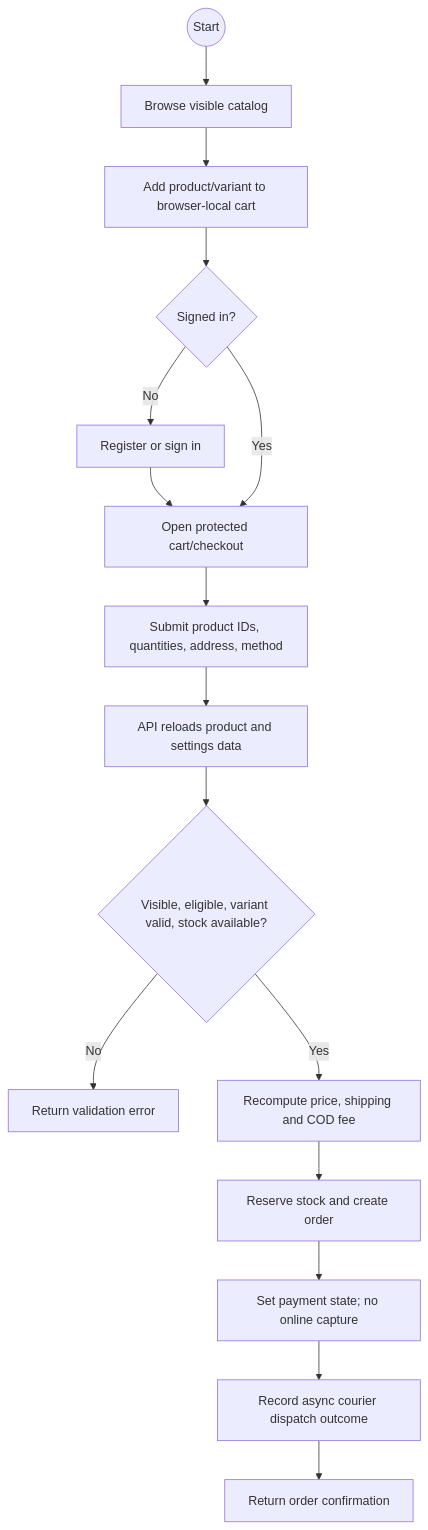
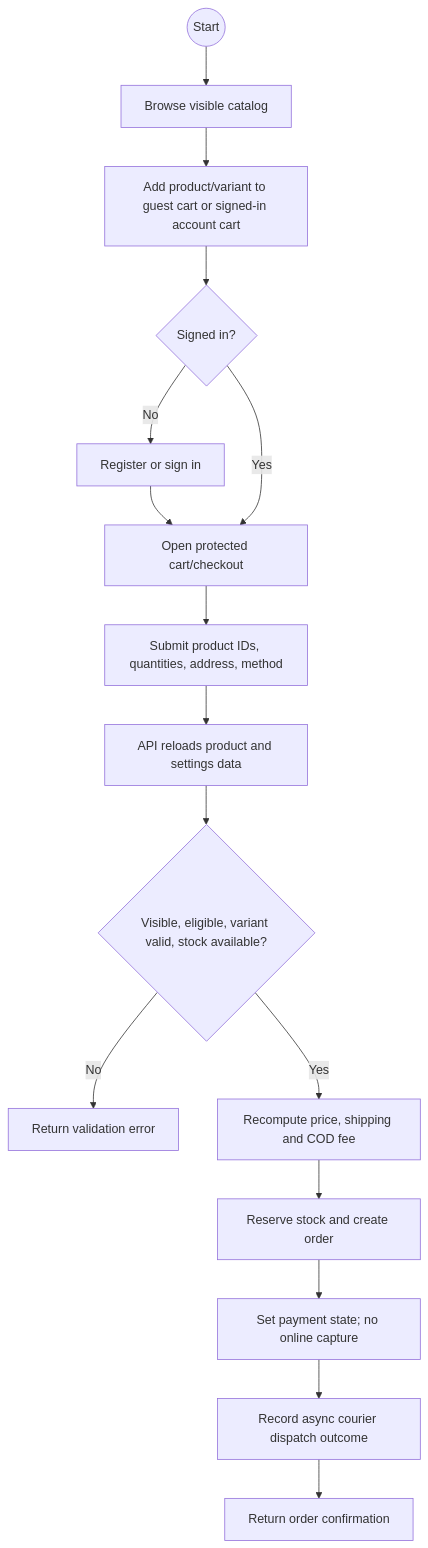
Before and after one commit to arbazfareed/e-commerce: the ninth of 22 diagrams in docs/UML_DIAGRAMS.md, drawn with Mermaid. The commit also changed other lines of this file and 94 other files, not shown here.

````diff
--- a/docs/UML_DIAGRAMS.md
+++ b/docs/UML_DIAGRAMS.md
@@ -377,18 +386,18 @@
 ```mermaid
 flowchart TD
     Start((Start)) --> Browse[Browse visible catalog]
-    Browse --> Cart[Add product/variant to browser-local cart]
+    Browse --> Cart[Add product/variant to guest cart or signed-in account cart]
     Cart --> Auth{Signed in?}
     Auth -- No --> SignIn[Register or sign in]
     SignIn --> Checkout[Open protected cart/checkout]
     Auth -- Yes --> Checkout
     Checkout --> Submit[Submit product IDs, quantities, address, method]
     Submit --> Validate[API reloads product and settings data]
     Validate --> Valid{Visible, eligible, variant valid, stock available?}
     Valid -- No --> Reject[Return validation error]
     Valid -- Yes --> Price[Recompute price, shipping and COD fee]
     Price --> Reserve[Reserve stock and create order]
     Reserve --> Payment[Set payment state; no online capture]
     Payment --> Dispatch[Record async courier dispatch outcome]
     Dispatch --> Confirm[Return order confirmation]
 ```
````
